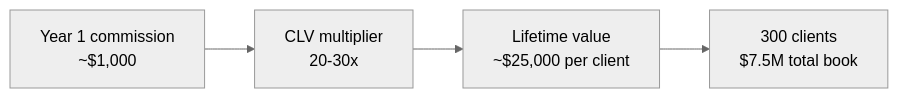
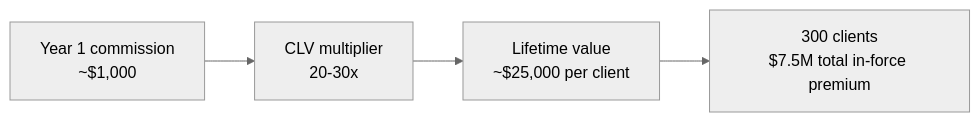
Before and after one commit to leotansingapore/aia-product-compass-hub: the second of 3 diagrams in docs/first-60-days/week-7/day-37.md, drawn with Mermaid (neutral theme). The commit also changed other lines of this file and 16 other files, not shown here.

````diff
--- a/docs/first-60-days/week-7/day-37.md
+++ b/docs/first-60-days/week-7/day-37.md
@@ -83,8 +83,8 @@
 ```mermaid
 flowchart LR
     A["Year 1 commission<br/>~$1,000"]
     B["CLV multiplier<br/>20-30x"]
     C["Lifetime value<br/>~$25,000 per client"]
-    D["300 clients<br/>$7.5M total book"]
+    D["300 clients<br/>$7.5M total in-force premium"]
     A --> B --> C --> D
 ```
````
